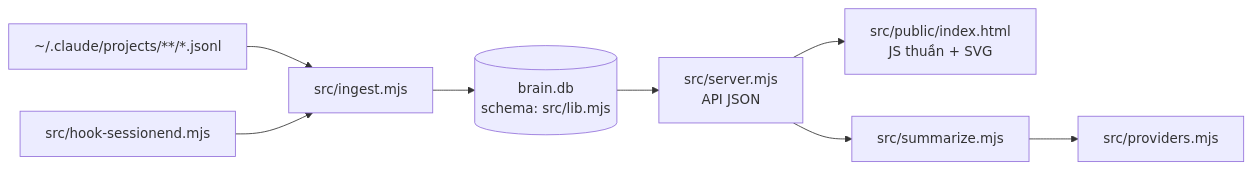
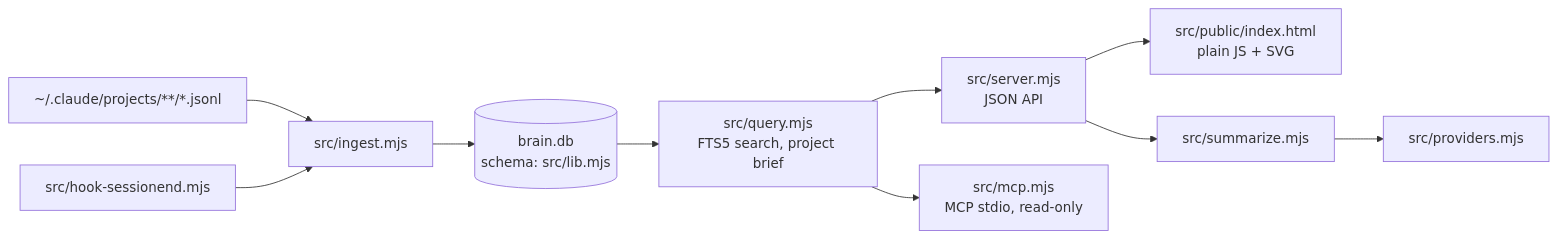
One commit to hienct-fpt/personal-brain changed the diagram in .claude/skills/pb-coding/SKILL.md. Above: the diagram before and after it, drawn with Mermaid. The commit also changed other lines of this file and 11 other files, not shown here.

````diff
--- a/.claude/skills/pb-coding/SKILL.md
+++ b/.claude/skills/pb-coding/SKILL.md
@@ -10,9 +10,11 @@
 ```mermaid
 flowchart LR
   T["~/.claude/projects/**/*.jsonl"] --> I["src/ingest.mjs"]
   I --> DB[("brain.db<br/>schema: src/lib.mjs")]
-  DB --> S["src/server.mjs<br/>API JSON"]
-  S --> UI["src/public/index.html<br/>JS thuần + SVG"]
+  DB --> Q["src/query.mjs<br/>FTS5 search, project brief"]
+  Q --> S["src/server.mjs<br/>JSON API"]
+  Q --> M["src/mcp.mjs<br/>MCP stdio, read-only"]
+  S --> UI["src/public/index.html<br/>plain JS + SVG"]
   S --> SM["src/summarize.mjs"] --> P["src/providers.mjs"]
   H["src/hook-sessionend.mjs"] --> I
 ```
````
